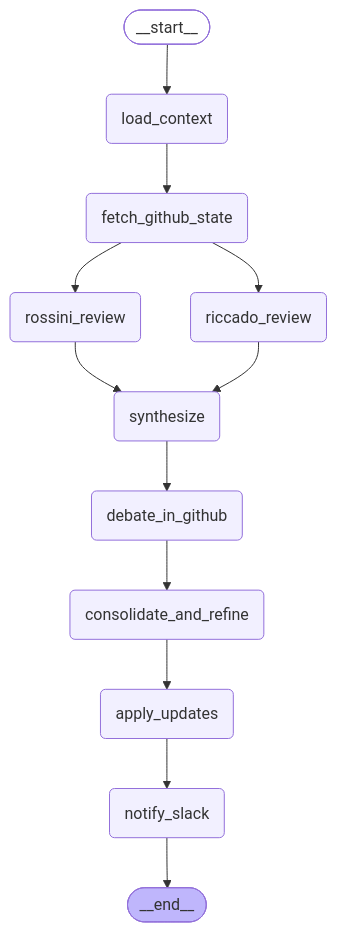
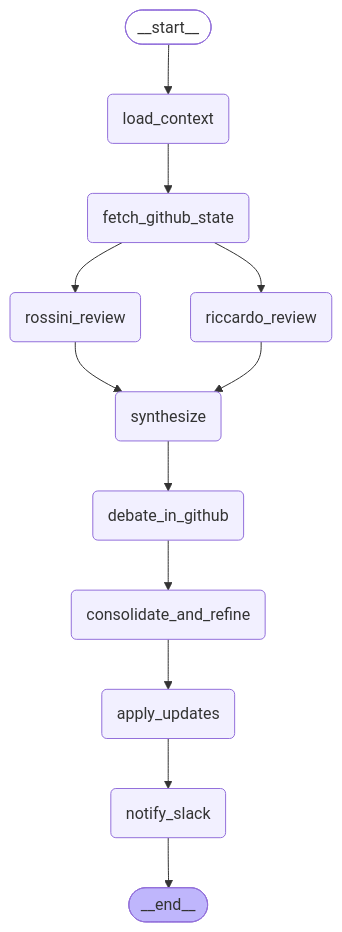
The fifth of 9 diagrams in src/famiglia_core/agents/orchestration/features/README.md (AI-Passione/famiglia-core), drawn with Mermaid before and after one commit. The commit also changed other lines of this file and 40 other files, not shown here.

Commit message:
fix: rename riccado to riccardo, clean up unused assets, and implement terminal interface

````diff
--- a/src/famiglia_core/agents/orchestration/features/README.md
+++ b/src/famiglia_core/agents/orchestration/features/README.md
@@ -189,30 +189,30 @@
 ```mermaid
 graph TD;
     __start__([__start__]):::first
     load_context(load_context)
     fetch_github_state(fetch_github_state)
     rossini_review(rossini_review)
-    riccado_review(riccado_review)
+    riccardo_review(riccardo_review)
     synthesize(synthesize)
     debate_in_github(debate_in_github)
     consolidate(consolidate_and_refine)
     apply_updates(apply_updates)
     notify_slack(notify_slack)
     __end__([__end__]):::last
 
     __start__ --> load_context;
     load_context --> fetch_github_state;
     fetch_github_state --> rossini_review;
-    fetch_github_state --> riccado_review;
+    fetch_github_state --> riccardo_review;
     rossini_review --> synthesize;
-    riccado_review --> synthesize;
+    riccardo_review --> synthesize;
     synthesize --> debate_in_github;
     debate_in_github --> consolidate;
     consolidate --> apply_updates;
     apply_updates --> notify_slack;
     notify_slack --> __end__;
 
     classDef default fill:#f2f0ff,line-height:1.2
     classDef first fill-opacity:0
     classDef last fill:#bfb6fc
 ```
````
